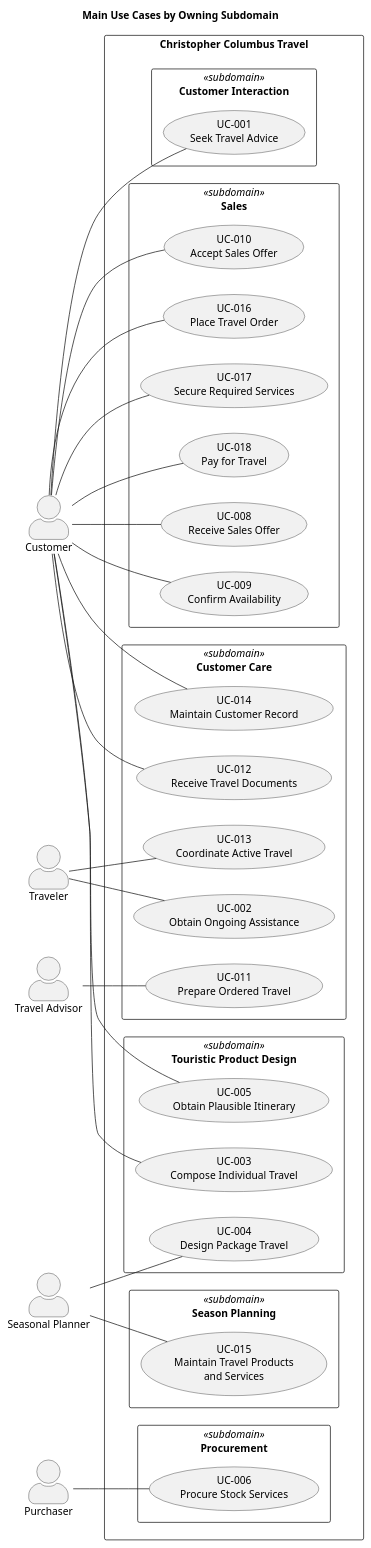
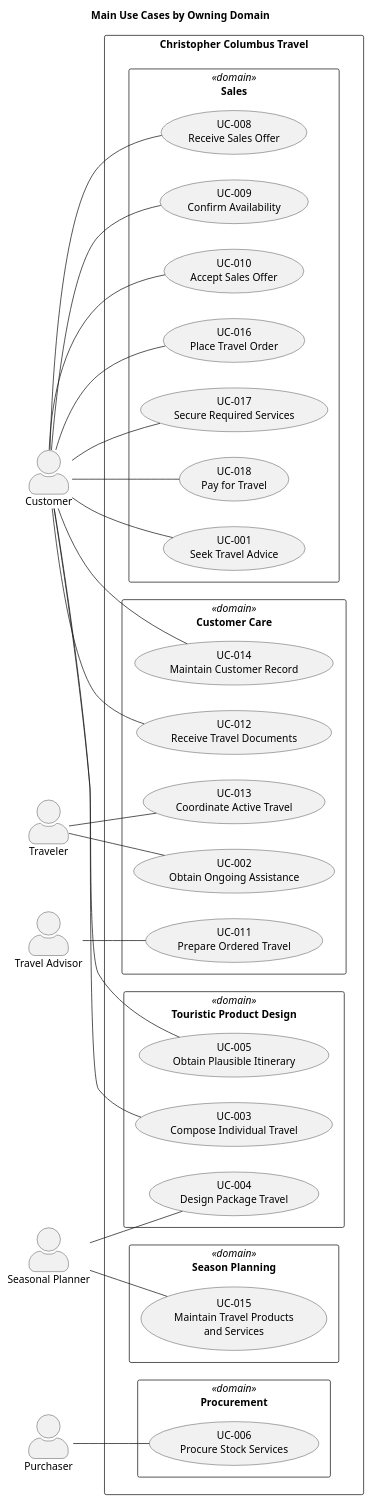
Before and after one commit to hochschule-darmstadt/a3se_app: the diagram in docs/requirements/use-cases/overview.puml, drawn with PlantUML. The commit also changed 53 other files, not shown here.

Commit message:
Align domain model and architecture terminology

```diff
--- a/docs/requirements/use-cases/overview.puml
+++ b/docs/requirements/use-cases/overview.puml
@@ -1,65 +1,63 @@
 @startuml
-title Main Use Cases by Owning Subdomain
+title Main Use Cases by Owning Domain
 
 left to right direction
 skinparam shadowing false
 skinparam packageStyle rectangle
 skinparam actorStyle awesome
 
 actor Customer
 actor Traveler
 actor "Travel Advisor" as Advisor
 actor "Seasonal Planner" as Planner
 actor Purchaser
 
 rectangle "Christopher Columbus Travel" {
-  package "Customer Interaction" <<subdomain>> {
-    usecase "UC-001\nSeek Travel Advice" as UC001
-  }
-  package "Season Planning" <<subdomain>> {
+  package "Season Planning" <<domain>> {
     usecase "UC-015\nMaintain Travel Products\nand Services" as UC015
   }
-  package "Procurement" <<subdomain>> {
+  package "Procurement" <<domain>> {
     usecase "UC-006\nProcure Stock Services" as UC006
   }
-  package "Touristic Product Design" <<subdomain>> {
+  package "Touristic Product Design" <<domain>> {
     usecase "UC-003\nCompose Individual Travel" as UC003
     usecase "UC-004\nDesign Package Travel" as UC004
     usecase "UC-005\nObtain Plausible Itinerary" as UC005
   }
-  package "Sales" <<subdomain>> {
+  package "Sales" <<domain>> {
+    usecase "UC-001\nSeek Travel Advice" as UC001
     usecase "UC-008\nReceive Sales Offer" as UC008
     usecase "UC-009\nConfirm Availability" as UC009
     usecase "UC-010\nAccept Sales Offer" as UC010
     usecase "UC-016\nPlace Travel Order" as UC016
     usecase "UC-017\nSecure Required Services" as UC017
     usecase "UC-018\nPay for Travel" as UC018
   }
-  package "Customer Care" <<subdomain>> {
+  package "Customer Care" <<domain>> {
     usecase "UC-002\nObtain Ongoing Assistance" as UC002
     usecase "UC-011\nPrepare Ordered Travel" as UC011
     usecase "UC-012\nReceive Travel Documents" as UC012
     usecase "UC-013\nCoordinate Active Travel" as UC013
     usecase "UC-014\nMaintain Customer Record" as UC014
   }
 }
 
 Customer -- UC001
 Traveler -- UC002
 Customer -- UC003
 Planner -- UC004
 Customer -- UC005
 Purchaser -- UC006
 Customer -- UC008
 Customer -- UC009
 Customer -- UC010
 Advisor -- UC011
 Customer -- UC012
 Traveler -- UC013
 Customer -- UC014
 Planner -- UC015
 Customer -- UC016
 Customer -- UC017
 Customer -- UC018
 
 @enduml
```
